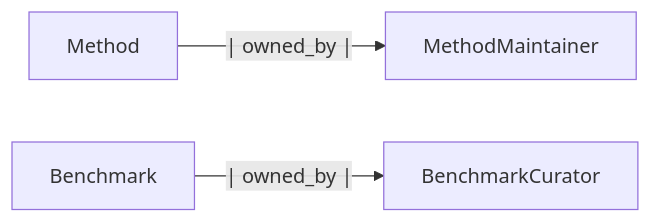
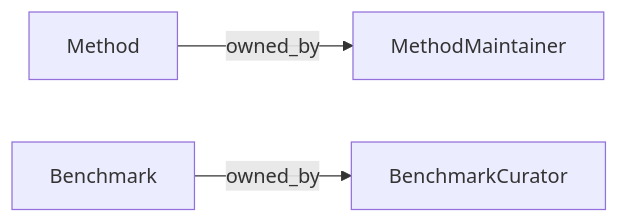
The second of 2 diagrams in README.md (omnibenchmark/omni_state_machine), drawn with Mermaid before and after one commit. The commit also changed other lines of this file, not shown here.

````diff
--- a/README.md
+++ b/README.md
@@ -47,5 +55,5 @@
 ```mermaid
 flowchart LR;
-    Method    --| owned_by |--> MethodMaintainer;
-    Benchmark --| owned_by |--> BenchmarkCurator;
+    Method    -- owned_by --> MethodMaintainer;
+    Benchmark -- owned_by --> BenchmarkCurator;
 ```
````
